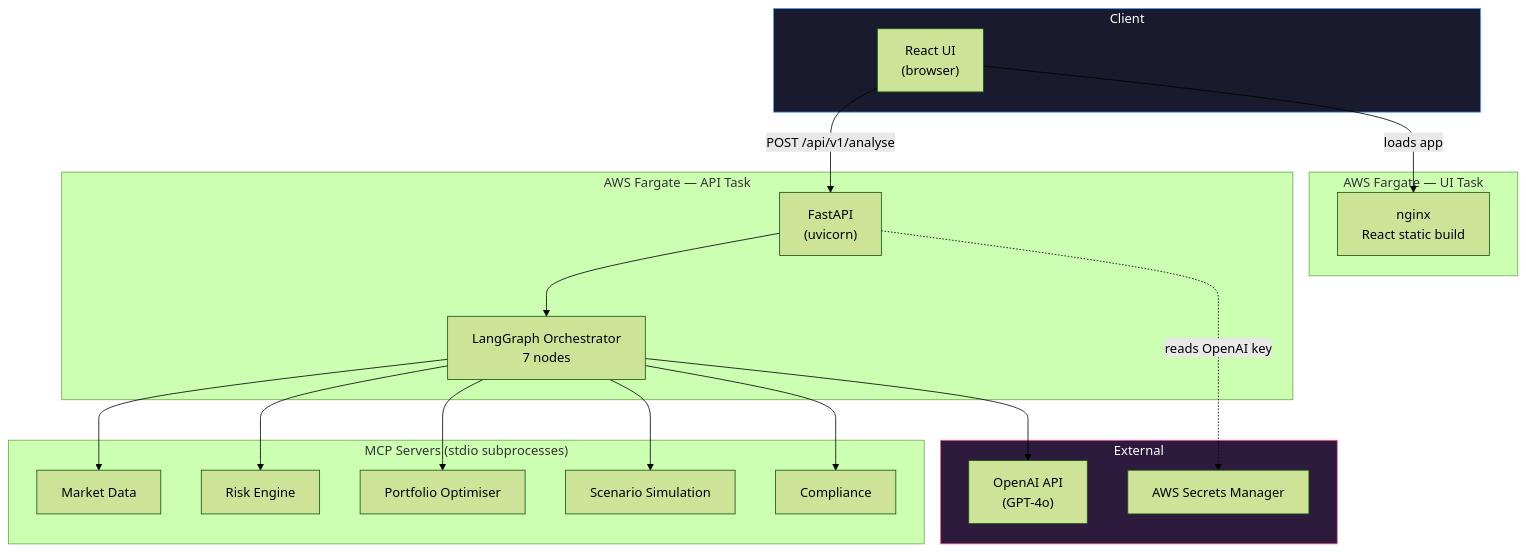
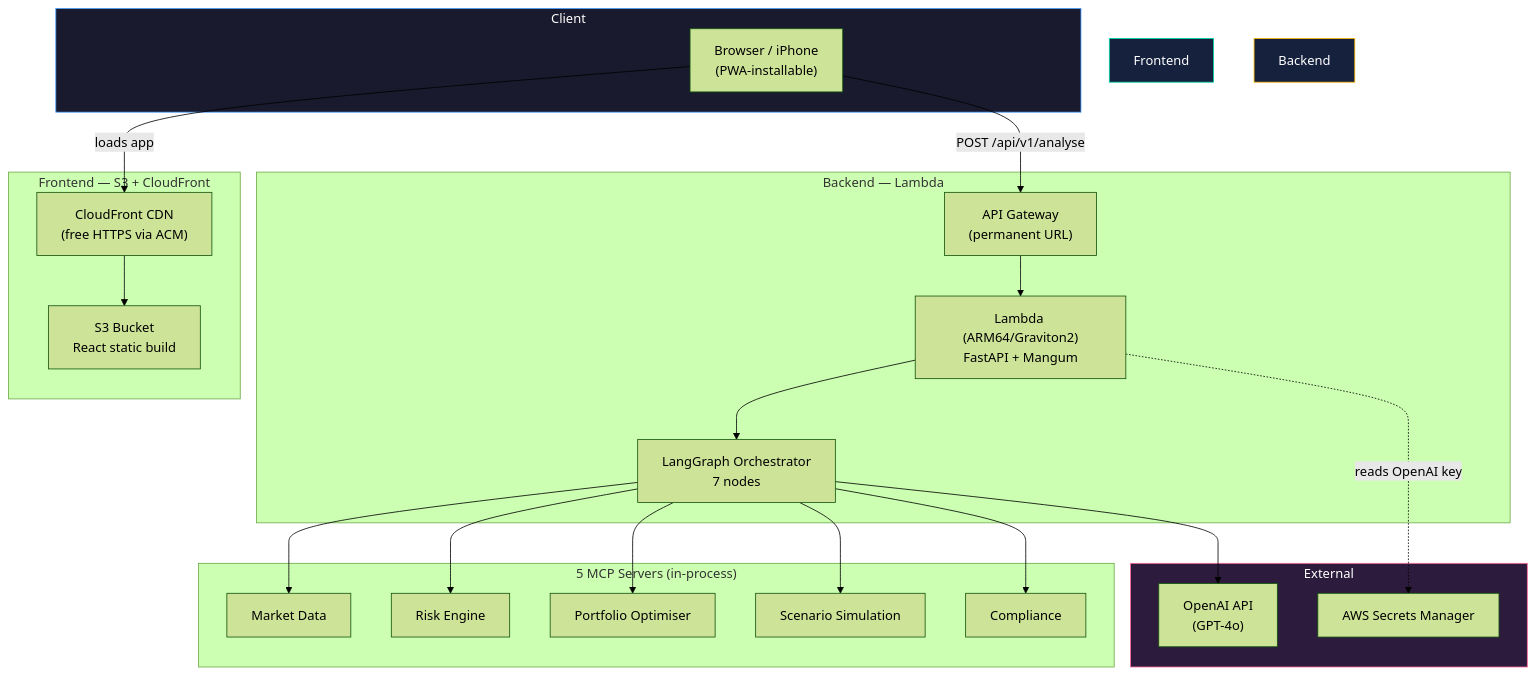
One commit to tsank/mcp-investment-copilot changed the first of 2 diagrams in ARCHITECTURE.md. Above: the diagram before and after it, drawn with Mermaid (forest theme). The commit also changed other lines of this file and 2 other files, not shown here.

````diff
--- a/ARCHITECTURE.md
+++ b/ARCHITECTURE.md
@@ -9,42 +9,47 @@
 ```mermaid
 graph TB
     subgraph Client
-        browser["React UI<br/>(browser)"]
+        iphone["Browser / iPhone<br/>(PWA-installable)"]
     end
 
-    subgraph "AWS Fargate — API Task"
-        api["FastAPI<br/>(uvicorn)"]
-        orch["LangGraph Orchestrator<br/>7 nodes"]
-        api --> orch
+    subgraph "Frontend — S3 + CloudFront"
+        cf["CloudFront CDN<br/>(free HTTPS via ACM)"]
+        s3["S3 Bucket<br/>React static build"]
+        cf --> s3
     end
 
-    subgraph "MCP Servers (stdio subprocesses)"
+    subgraph "Backend — Lambda"
+        apigw["API Gateway<br/>(permanent URL)"]
+        lambda["Lambda (ARM64/Graviton2)<br/>FastAPI + Mangum"]
+        orch["LangGraph Orchestrator<br/>7 nodes"]
+        apigw --> lambda --> orch
+    end
+
+    subgraph "5 MCP Servers (in-process)"
         md["Market Data"]
         re["Risk Engine"]
         po["Portfolio Optimiser"]
         ss["Scenario Simulation"]
         cp["Compliance"]
     end
 
     subgraph External
         openai["OpenAI API<br/>(GPT-4o)"]
         secrets["AWS Secrets Manager"]
     end
 
-    browser -->|"POST /api/v1/analyse"| api
+    iphone -->|loads app| cf
+    iphone -->|"POST /api/v1/analyse"| apigw
     orch --> md
     orch --> re
     orch --> po
     orch --> ss
     orch --> cp
     orch --> openai
-    api -.reads OpenAI key.-> secrets
-
-    subgraph "AWS Fargate — UI Task"
-        ui["nginx<br/>React static build"]
-    end
-    browser -->|loads app| ui
+    lambda -.reads OpenAI key.-> secrets
 
     style Client fill:#1a1a2e,stroke:#4a9eff,color:#fff
+    style Frontend fill:#16213e,stroke:#00d9a3,color:#fff
+    style Backend fill:#16213e,stroke:#ffb800,color:#fff
     style External fill:#2d1b3d,stroke:#ff6b9d,color:#fff
 ```
````
